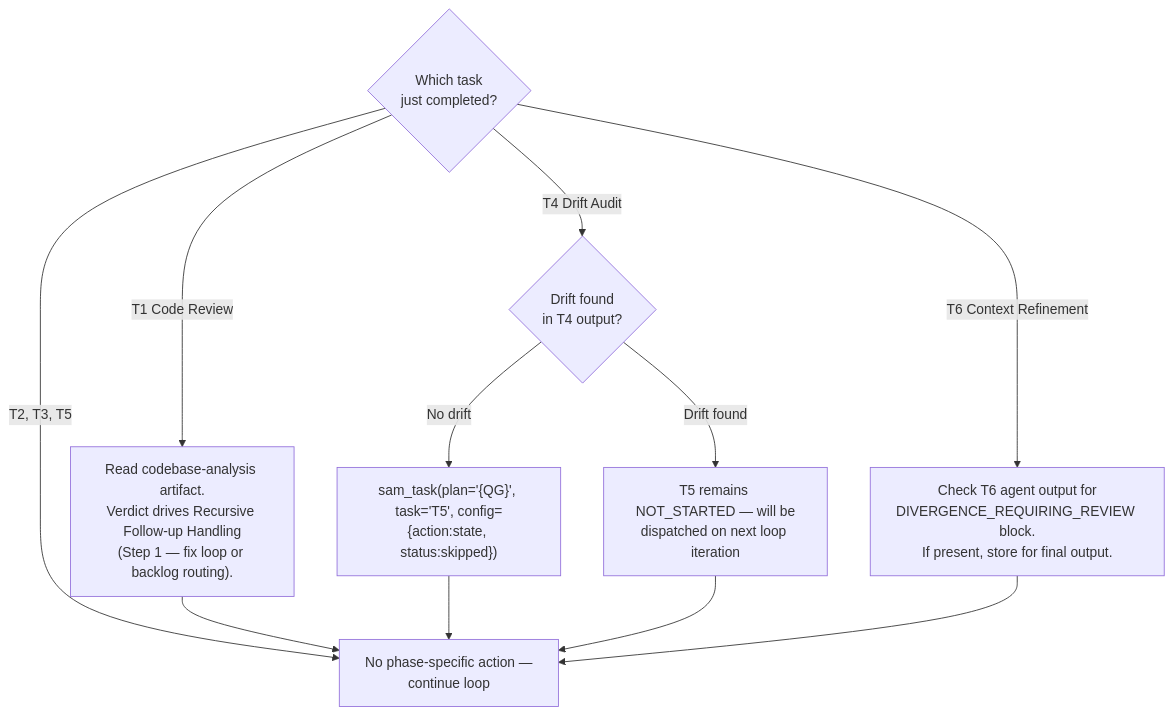
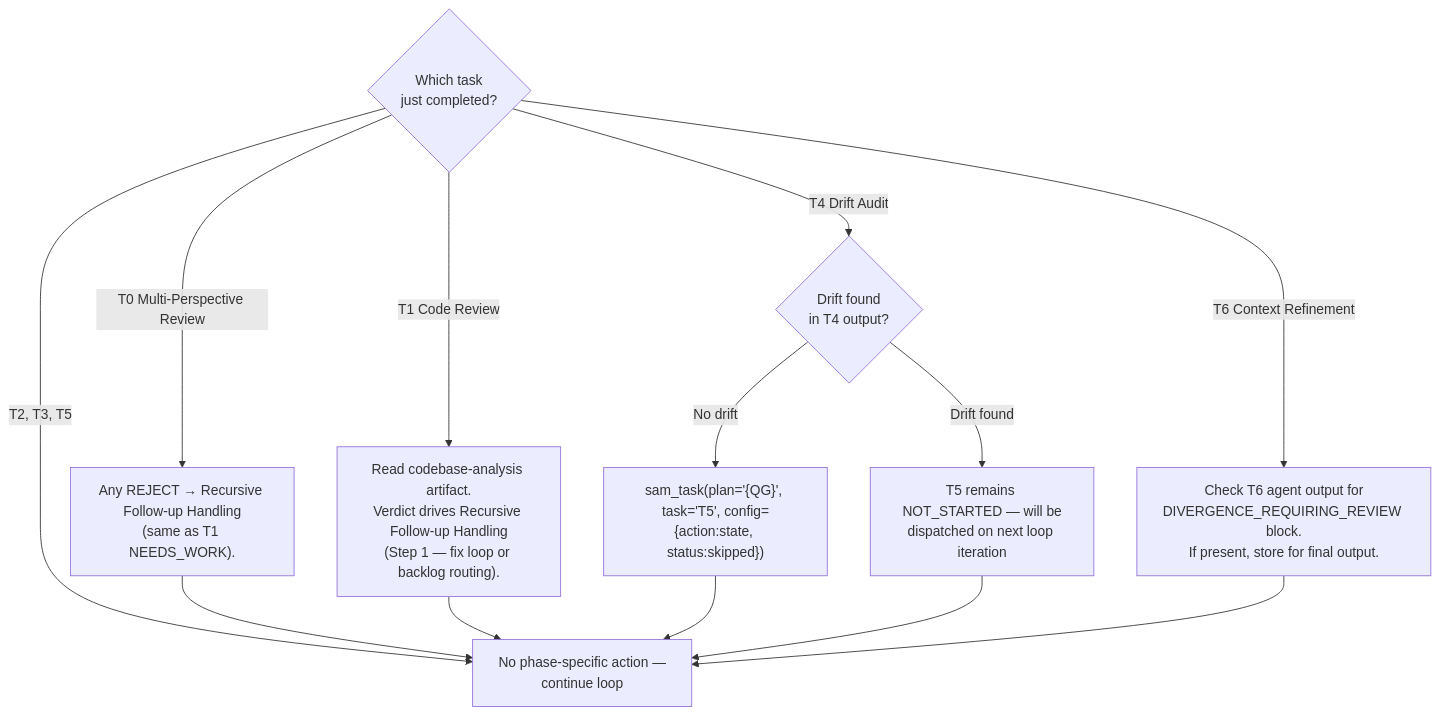
The seventh of 10 diagrams in plugins/development-harness/skills/complete-implementation/SKILL.md (chgreer1070/claude_skills), drawn with Mermaid before and after one commit. The commit also changed other lines of this file and 3 other files, not shown here.

First line of the commit message:
feat(multi-perspective-review): add T0 phase to quality gate pipeline

````diff
--- a/plugins/development-harness/skills/complete-implementation/SKILL.md
+++ b/plugins/development-harness/skills/complete-implementation/SKILL.md
@@ -499,14 +498,16 @@
 ```mermaid
 flowchart TD
     Done{Which task<br>just completed?}
+    Done -->|T0 Multi-Perspective Review| T0Post["Any REJECT → Recursive Follow-up Handling<br>(same as T1 NEEDS_WORK)."]
     Done -->|T1 Code Review| T1Post["Read codebase-analysis artifact.<br>Verdict drives Recursive Follow-up Handling<br>(Step 1 — fix loop or backlog routing)."]
     Done -->|T4 Drift Audit| T4Post{Drift found<br>in T4 output?}
     T4Post -->|No drift| SkipT5["sam_task(plan='{QG}', task='T5', config={action:state, status:skipped})"]
     T4Post -->|Drift found| T5Ready["T5 remains NOT_STARTED — will be<br>dispatched on next loop iteration"]
     Done -->|T6 Context Refinement| T6Post["Check T6 agent output for<br>DIVERGENCE_REQUIRING_REVIEW block.<br>If present, store for final output."]
     Done -->|T2, T3, T5| Continue["No phase-specific action —<br>continue loop"]
+    T0Post --> Continue
     T1Post --> Continue
     SkipT5 --> Continue
     T5Ready --> Continue
     T6Post --> Continue
 ```
````
